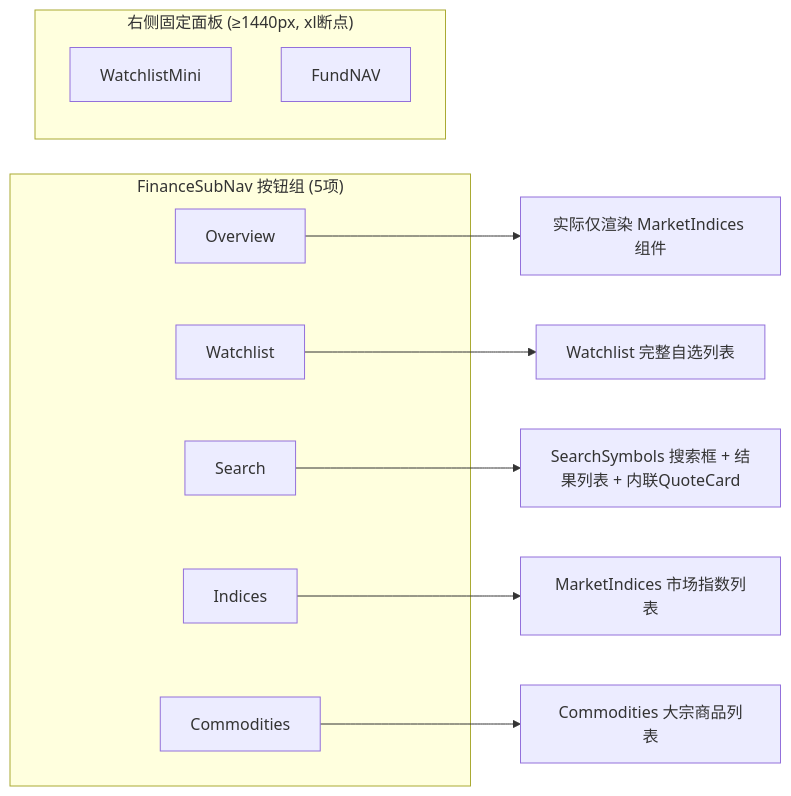
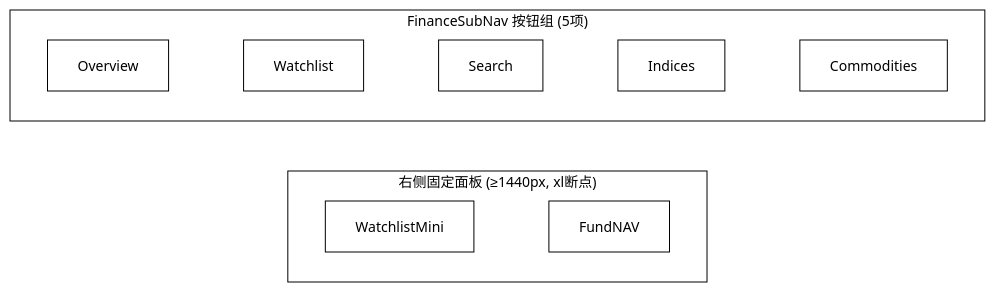
One commit to onceme/instantboard changed the fifth of 6 diagrams in docs/design/finance-tab.md. Above: the diagram before and after it, drawn with Mermaid. The commit also changed other lines of this file and 11 other files, not shown here.

Commit message:
docs: unify mermaid diagrams to black-and-white orthogonal style

````diff
--- a/docs/design/finance-tab.md
+++ b/docs/design/finance-tab.md
@@ -255,21 +259,13 @@
 ```mermaid
-graph LR
+%%{init: {"theme": "base", "themeVariables": {"background": "#ffffff", "primaryColor": "#ffffff", "primaryTextColor": "#000000", "primaryBorderColor": "#000000", "lineColor": "#000000", "secondaryColor": "#ffffff", "secondaryTextColor": "#000000", "secondaryBorderColor": "#000000", "tertiaryColor": "#ffffff", "tertiaryTextColor": "#000000", "tertiaryBorderColor": "#000000", "edgeLabelBackground": "#ffffff", "textColor": "#000000", "nodeTextColor": "#000000", "mainBkg": "#ffffff", "nodeBorder": "#000000", "clusterBkg": "#ffffff", "clusterBdr": "#000000", "clusterTextColor": "#000000", "titleColor": "#000000", "fontSize": "14px"}, "flowchart": {"curve": "step", "nodeSpacing": 40, "rankSpacing": 50, "wrappingWidth": 180, "useMaxWidth": true}}}%%
+graph TD
     subgraph SubNav["FinanceSubNav 按钮组 (5项)"]
-        OV["Overview"]
-        WL["Watchlist"]
-        SE["Search"]
-        ID["Indices"]
-        CO["Commodities"]
+        direction LR
+        OV["Overview"] ~~~ WL["Watchlist"] ~~~ SE["Search"] ~~~ ID["Indices"] ~~~ CO["Commodities"]
     end
-
-    OV --> OVC["实际仅渲染 MarketIndices 组件"]
-    WL --> WLC["Watchlist 完整自选列表"]
-    SE --> SEC["SearchSymbols 搜索框 + 结果列表 + 内联QuoteCard"]
-    ID --> IDC["MarketIndices 市场指数列表"]
-    CO --> COC["Commodities 大宗商品列表"]
-
     subgraph Right["右侧固定面板 (≥1440px, xl断点)"]
-        WM2["WatchlistMini"]
-        NAV2["FundNAV"]
+        direction LR
+        WM2["WatchlistMini"] ~~~ NAV2["FundNAV"]
     end
+    SubNav ~~~ Right
 ```
````
